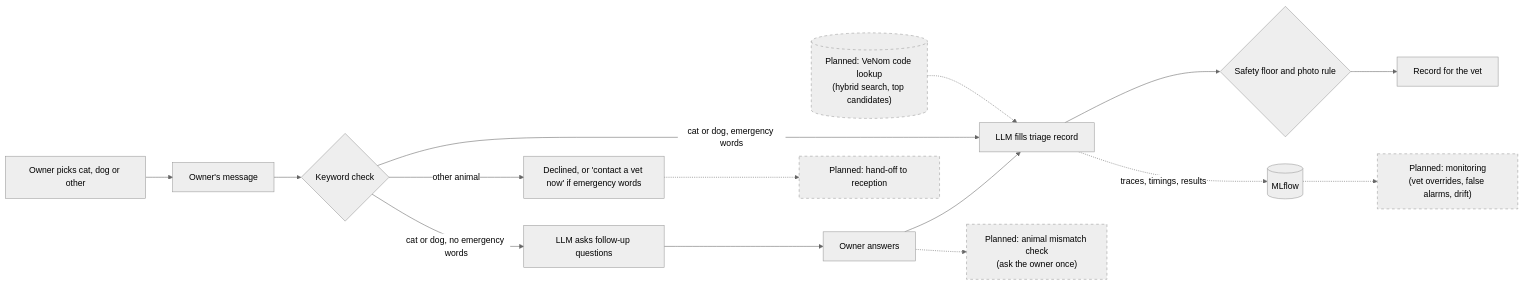
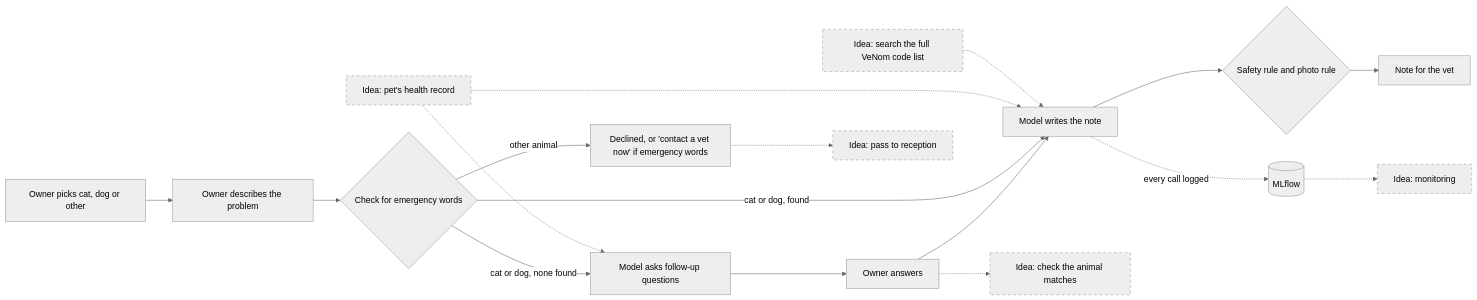
Before and after one commit to BenjaminIsaac0111/pet-triage-demo: the diagram in README.md, drawn with Mermaid (neutral theme). The commit also changed other lines of this file, not shown here.

````diff
--- a/README.md
+++ b/README.md
@@ -13,20 +15,22 @@
 ```mermaid
 graph LR
-    S[Owner picks cat, dog or other] --> A[Owner's message]
-    A --> B{Keyword check}
+    S[Owner picks cat, dog or other] --> A[Owner describes the problem]
+    A --> B{Check for emergency words}
     B -- other animal --> X[Declined, or 'contact a vet now' if emergency words]
-    B -- cat or dog, no emergency words --> C[LLM asks follow-up questions]
+    B -- cat or dog, none found --> C[Model asks follow-up questions]
     C --> D[Owner answers]
-    D --> E[LLM fills triage record]
-    B -- cat or dog, emergency words --> E
-    E --> F{Safety floor and photo rule}
-    F --> G[Record for the vet]
-    E -. traces, timings, results .-> H[(MLflow)]
+    D --> E[Model writes the note]
+    B -- cat or dog, found --> E
+    E --> F{Safety rule and photo rule}
+    F --> G[Note for the vet]
+    E -. every call logged .-> H[(MLflow)]
 
-    V[("Planned: VeNom code lookup<br/>(hybrid search, top candidates)")] -.-> E
-    D -.-> M["Planned: animal mismatch check<br/>(ask the owner once)"]
-    X -.-> R["Planned: hand-off to reception"]
-    H -.-> O["Planned: monitoring<br/>(vet overrides, false alarms, drift)"]
-    classDef planned stroke-dasharray: 5 5
-    class V,M,R,O planned
+    P["Idea: pet's health record"] -.-> C
+    P -.-> E
+    V["Idea: search the full VeNom code list"] -.-> E
+    D -.-> M["Idea: check the animal matches"]
+    X -.-> R["Idea: pass to reception"]
+    H -.-> O["Idea: monitoring"]
+    classDef idea stroke-dasharray: 5 5
+    class P,V,M,R,O idea
 ```
````
